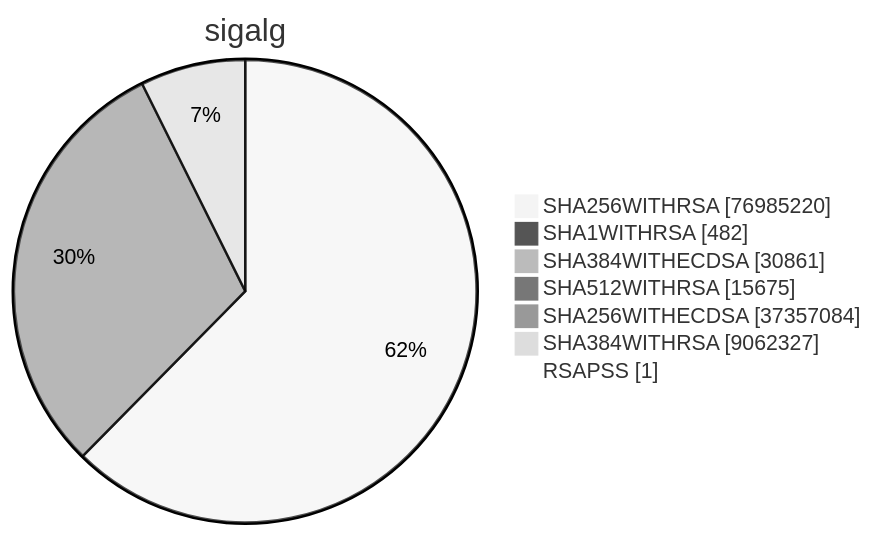
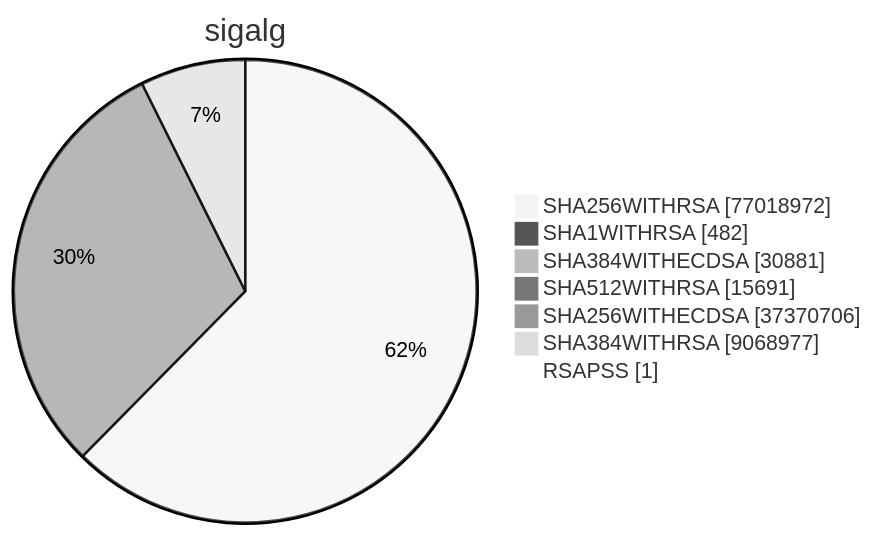
Before and after one commit to christiankrug/ctmonitor_visualization: diagram 15 of 15 in xenon2023/README.md, drawn with Mermaid (neutral theme). The commit also changed other lines of this file, not shown here.

````diff
--- a/xenon2023/README.md
+++ b/xenon2023/README.md
@@ -4562,11 +4562,11 @@
 ```mermaid
 pie showData
 title sigalg
-"SHA256WITHRSA" :76985220
+"SHA256WITHRSA" :77018972
 "SHA1WITHRSA" :482
-"SHA384WITHECDSA" :30861
-"SHA512WITHRSA" :15675
-"SHA256WITHECDSA" :37357084
-"SHA384WITHRSA" :9062327
+"SHA384WITHECDSA" :30881
+"SHA512WITHRSA" :15691
+"SHA256WITHECDSA" :37370706
+"SHA384WITHRSA" :9068977
 "RSAPSS" :1
 ```
````
